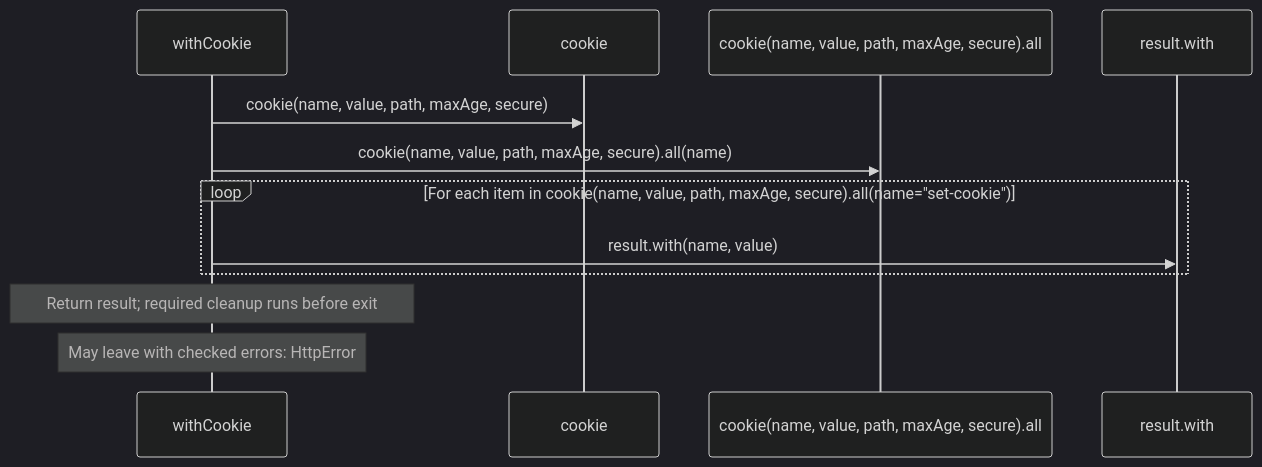
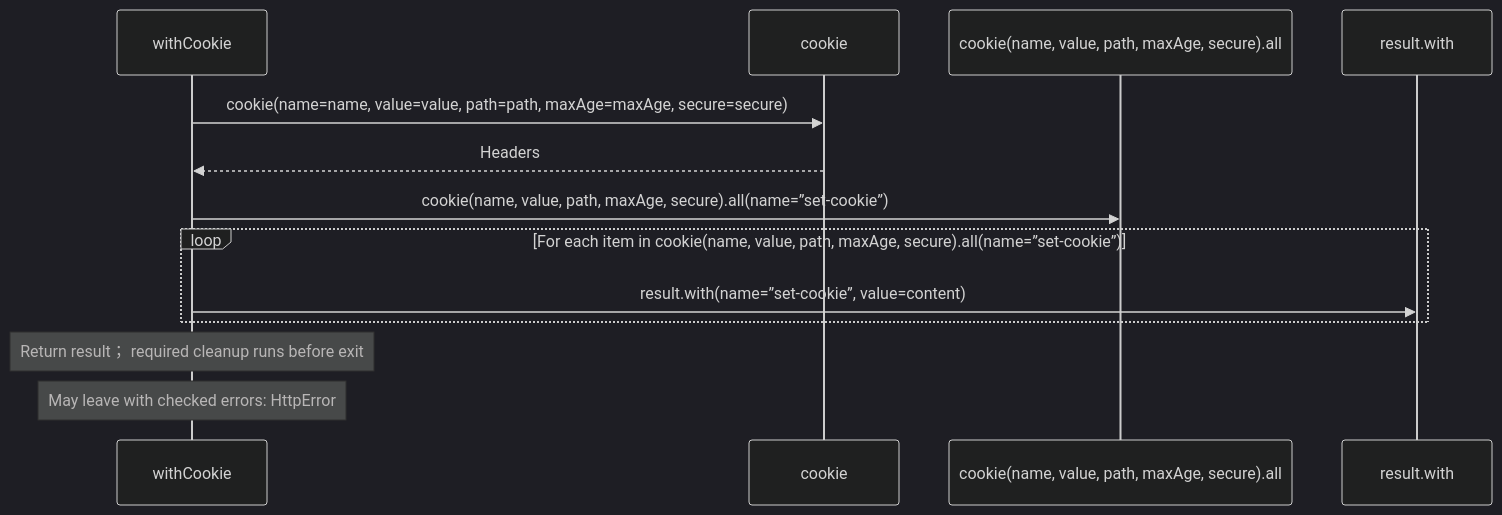
Before and after one commit to GreenPandaStudios/augscript: the third of 3 diagrams in docs/examples/oidc-login/common/headers-diagrams.md, drawn with Mermaid (dark theme). The commit also changed other lines of this file and 524 other files, not shown here.

Commit message:
Explain checked data flow at folder and service levels

````diff
--- a/docs/examples/oidc-login/common/headers-diagrams.md
+++ b/docs/examples/oidc-login/common/headers-diagrams.md
@@ -66,14 +64,15 @@
 ```mermaid
 sequenceDiagram
     participant p0 as withCookie
     participant p1 as cookie
     participant p2 as cookie(name, value, path, maxAge, secure).all
     participant p3 as result.with
-    p0->>p1: cookie(name, value, path, maxAge, secure)
-    p0->>p2: cookie(name, value, path, maxAge, secure).all(name)
-    loop For each item in cookie(name, value, path, maxAge, secure).all(name=#34;set-cookie#34;)
-    p0->>p3: result.with(name, value)
+    p0->>p1: cookie(name=name, value=value, path=path, maxAge=maxAge, secure=secure)
+    p1-->>p0: Headers
+    p0->>p2: cookie(name, value, path, maxAge, secure).all(name=”set-cookie”)
+    loop For each item in cookie(name, value, path, maxAge, secure).all(name=”set-cookie”)
+    p0->>p3: result.with(name=”set-cookie”, value=content)
     end
-    Note over p0: Return result#59; required cleanup runs before exit
+    Note over p0: Return result； required cleanup runs before exit
     Note over p0: May leave with checked errors: HttpError
 ```
````
